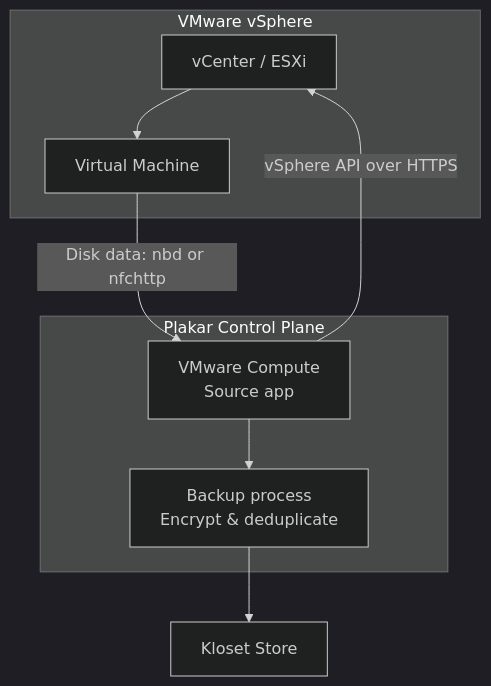
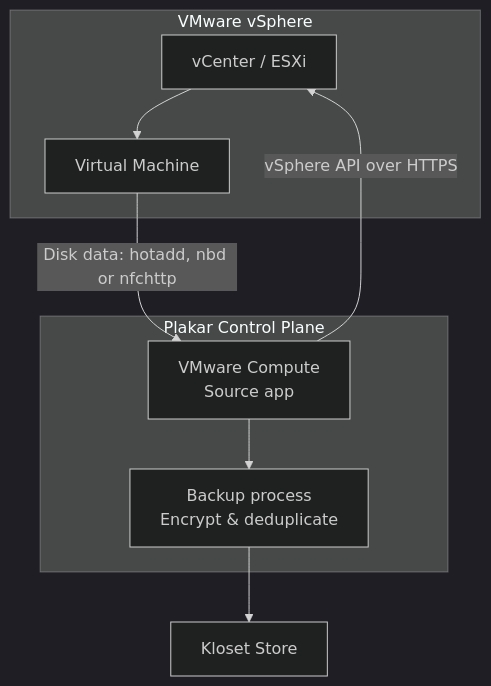
Before and after one commit to PlakarKorp/plakar.io: the first of 2 diagrams in content/docs/control-plane/resources/compute/vmware.md, drawn with Mermaid (dark theme). The commit also changed other lines of this file and 2 other files, not shown here.

Commit message:
add `hotadd` transport protocal

```diff
--- a/content/docs/control-plane/resources/compute/vmware.md
+++ b/content/docs/control-plane/resources/compute/vmware.md
@@ -29,20 +29,20 @@
 {{< mermaid >}}
 flowchart TD
   subgraph VMware["VMware vSphere"]
     VCenter["vCenter / ESXi"]
     VM["Virtual Machine"]
   end
 
   subgraph Plakar["Plakar Control Plane"]
     Source["VMware Compute<br/>Source app"]
     Backup["Backup process<br/>Encrypt & deduplicate"]
   end
 
   Store["Kloset Store"]
 
   Source -->|"vSphere API over HTTPS"| VCenter
   VCenter --> VM
-  VM -->|"Disk data: nbd or nfchttp"| Source
+  VM -->|"Disk data: hotadd, nbd or nfchttp"| Source
   Source --> Backup
   Backup --> Store
 {{< /mermaid >}}
```
